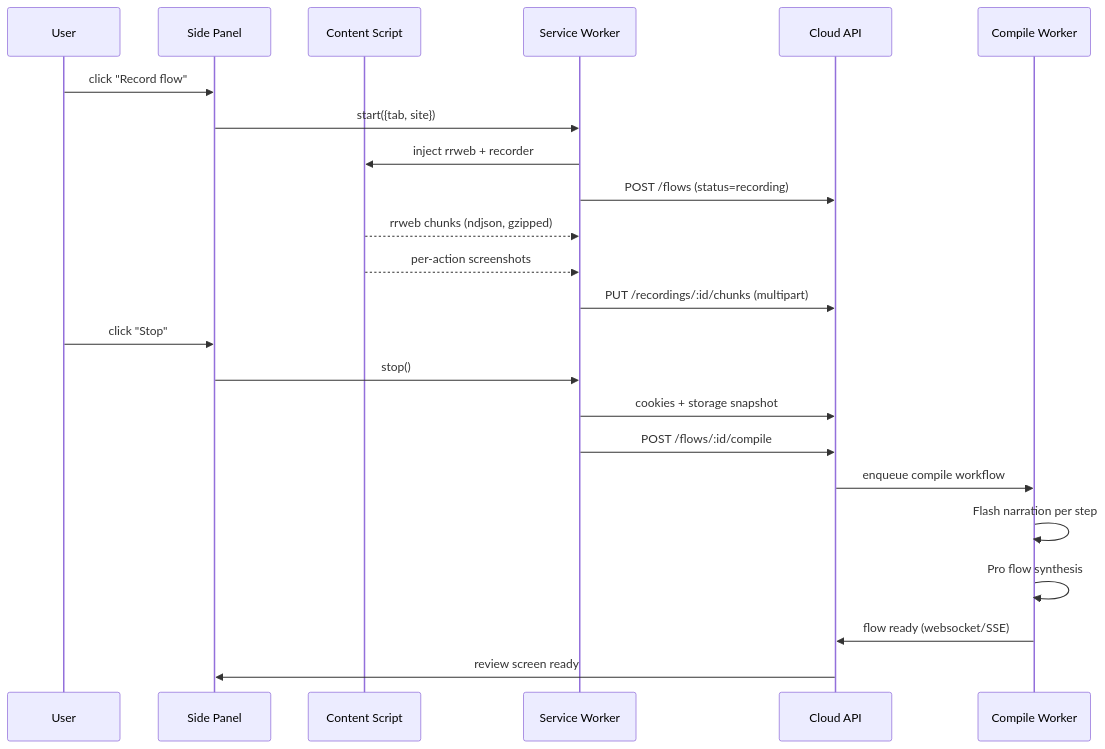
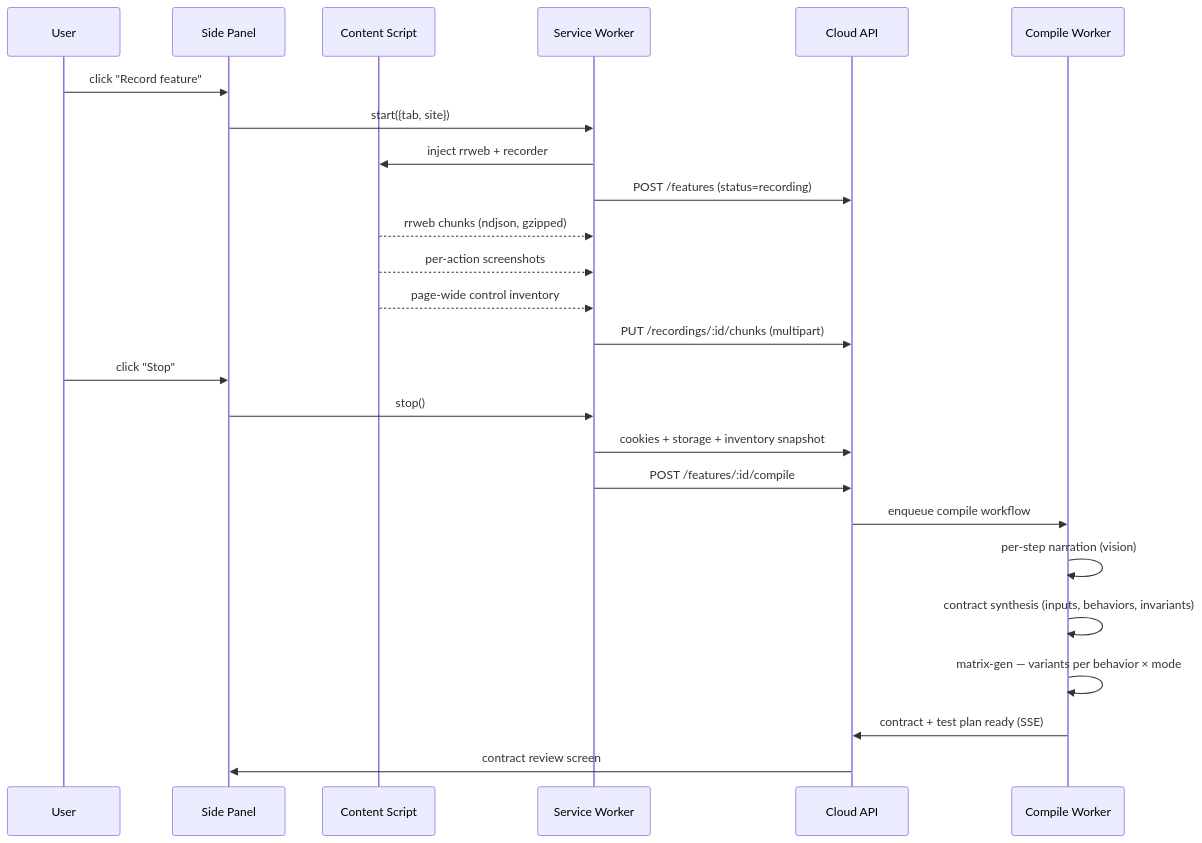
Before and after one commit to RushikeshTammewar/flowlens: the fourth of 6 diagrams in docs/v3/HLD.md, drawn with Mermaid. The commit also changed other lines of this file, not shown here.

First line of the commit message:
v3 docs: HLD rewrite — AI senior-QA pipeline (contract + 4-mode + two-axis)

````diff
--- a/docs/v3/HLD.md
+++ b/docs/v3/HLD.md
@@ -194,26 +203,28 @@
 ```mermaid
 sequenceDiagram
     participant U as User
     participant SP as Side Panel
     participant CS as Content Script
     participant BG as Service Worker
     participant API as Cloud API
     participant Compile as Compile Worker
 
-    U->>SP: click "Record flow"
+    U->>SP: click "Record feature"
     SP->>BG: start({tab, site})
     BG->>CS: inject rrweb + recorder
-    BG->>API: POST /flows  (status=recording)
+    BG->>API: POST /features  (status=recording)
     CS-->>BG: rrweb chunks (ndjson, gzipped)
     CS-->>BG: per-action screenshots
+    CS-->>BG: page-wide control inventory
     BG->>API: PUT /recordings/:id/chunks (multipart)
     U->>SP: click "Stop"
     SP->>BG: stop()
-    BG->>API: cookies + storage snapshot
-    BG->>API: POST /flows/:id/compile
+    BG->>API: cookies + storage + inventory snapshot
+    BG->>API: POST /features/:id/compile
     API->>Compile: enqueue compile workflow
-    Compile->>Compile: Flash narration per step
-    Compile->>Compile: Pro flow synthesis
-    Compile->>API: flow ready (websocket/SSE)
-    API->>SP: review screen ready
+    Compile->>Compile: per-step narration (vision)
+    Compile->>Compile: contract synthesis (inputs, behaviors, invariants)
+    Compile->>Compile: matrix-gen — variants per behavior × mode
+    Compile->>API: contract + test plan ready (SSE)
+    API->>SP: contract review screen
 ```
````
